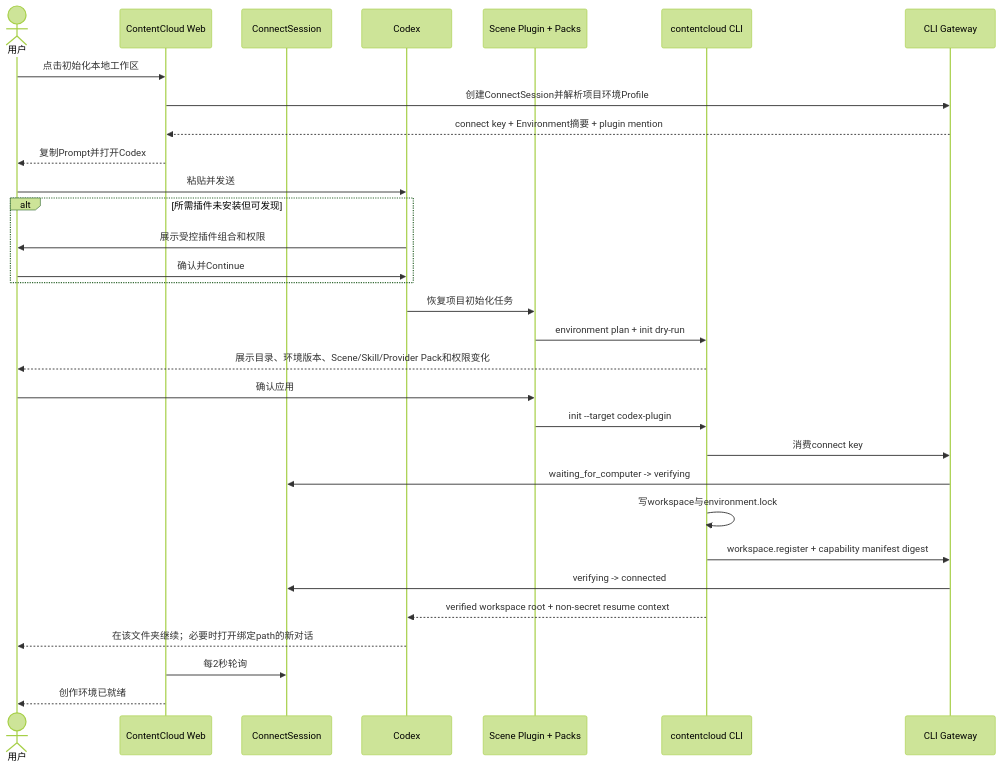
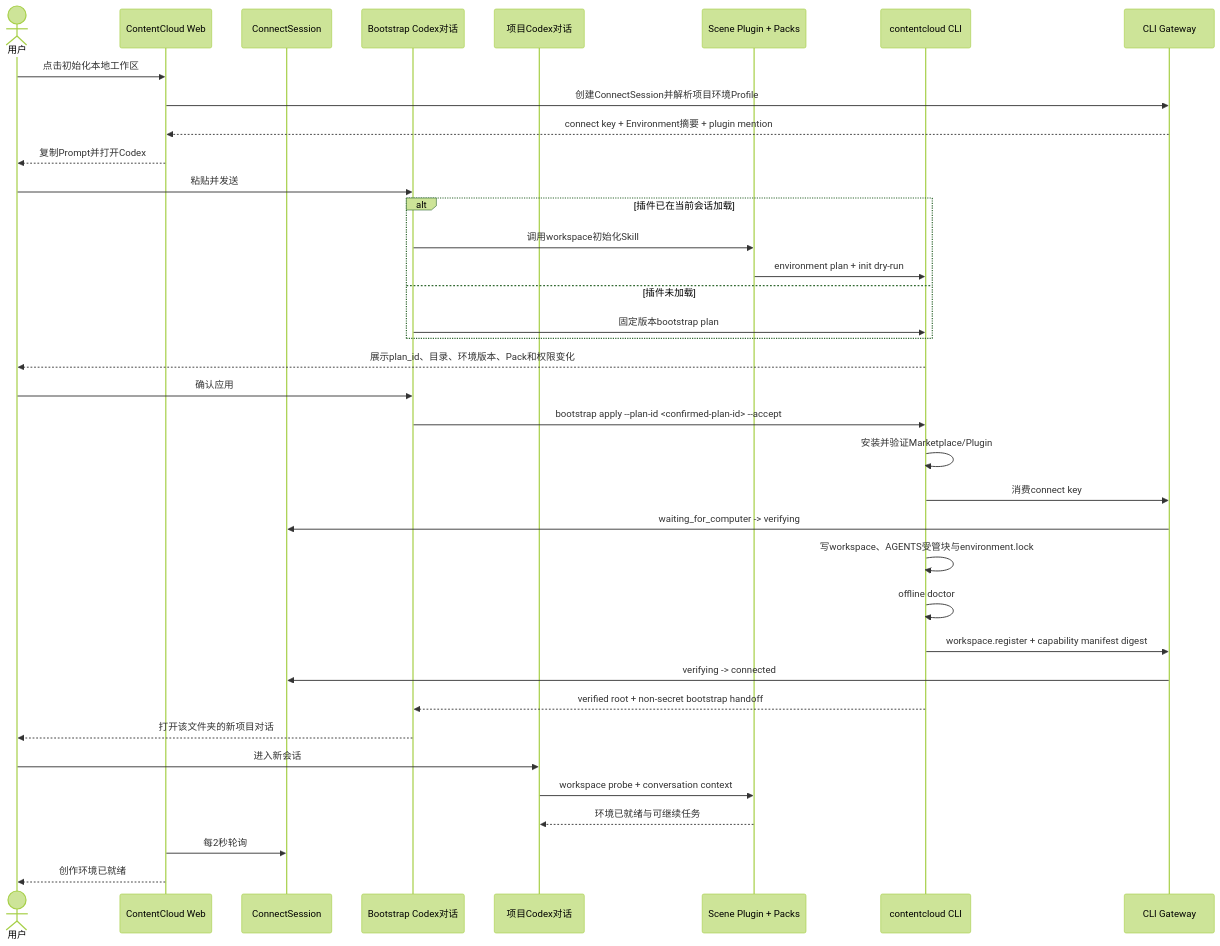
One commit to limecloud/contentcloud changed the second of 6 diagrams in docs/roadmap/plugin/README.md. Above: the diagram before and after it, drawn with Mermaid (forest theme). The commit also changed other lines of this file and 137 other files, not shown here.

````diff
--- a/docs/roadmap/plugin/README.md
+++ b/docs/roadmap/plugin/README.md
@@ -529,34 +579,40 @@
 ```mermaid
 sequenceDiagram
     actor U as 用户
     participant W as ContentCloud Web
     participant S as ConnectSession
-    participant C as Codex
+    participant B as Bootstrap Codex对话
+    participant C as 项目Codex对话
     participant P as Scene Plugin + Packs
     participant CLI as contentcloud CLI
     participant API as CLI Gateway
 
     U->>W: 点击初始化本地工作区
     W->>API: 创建ConnectSession并解析项目环境Profile
     API-->>W: connect key + Environment摘要 + plugin mention
     W-->>U: 复制Prompt并打开Codex
-    U->>C: 粘贴并发送
-    alt 所需插件未安装但可发现
-        C->>U: 展示受控插件组合和权限
-        U->>C: 确认并Continue
+    U->>B: 粘贴并发送
+    alt 插件已在当前会话加载
+        B->>P: 调用workspace初始化Skill
+        P->>CLI: environment plan + init dry-run
+    else 插件未加载
+        B->>CLI: 固定版本bootstrap plan
     end
-    C->>P: 恢复项目初始化任务
-    P->>CLI: environment plan + init dry-run
-    CLI-->>U: 展示目录、环境版本、Scene/Skill/Provider Pack和权限变化
-    U->>P: 确认应用
-    P->>CLI: init --target codex-plugin
+    CLI-->>U: 展示plan_id、目录、环境版本、Pack和权限变化
+    U->>B: 确认应用
+    B->>CLI: bootstrap apply --plan-id <confirmed-plan-id> --accept
+    CLI->>CLI: 安装并验证Marketplace/Plugin
     CLI->>API: 消费connect key
     API->>S: waiting_for_computer -> verifying
-    CLI->>CLI: 写workspace与environment.lock
+    CLI->>CLI: 写workspace、AGENTS受管块与environment.lock
+    CLI->>CLI: offline doctor
     CLI->>API: workspace.register + capability manifest digest
     API->>S: verifying -> connected
-    CLI-->>C: verified workspace root + non-secret resume context
-    C-->>U: 在该文件夹继续；必要时打开绑定path的新对话
+    CLI-->>B: verified root + non-secret bootstrap handoff
+    B-->>U: 打开该文件夹的新项目对话
+    U->>C: 进入新会话
+    C->>P: workspace probe + conversation context
+    P-->>C: 环境已就绪与可继续任务
     W->>S: 每2秒轮询
     W-->>U: 创作环境已就绪
 ```
````
